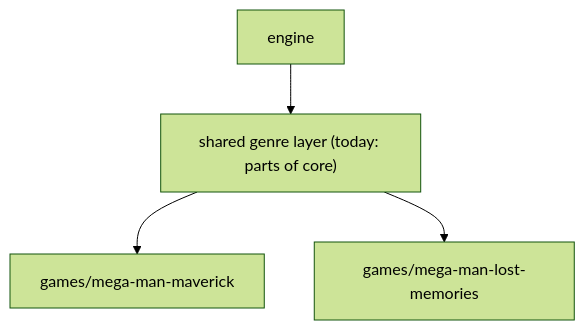
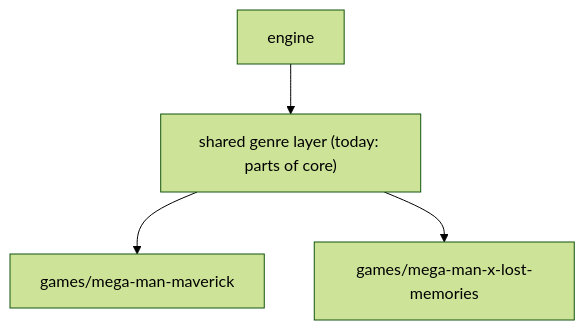
Before and after one commit to JohnLavender474/Megaman-Maverick: the diagram in docs/mega-refactor/items/185-second-title/ITEM.md, drawn with Mermaid (forest theme). The commit also changed other lines of this file and 7 other files, not shown here.

Commit message:
docs: 185c: branch start (games layout, Lost Memories mock game); 185 decisions and research of 2026-11-24

````diff
--- a/docs/mega-refactor/items/185-second-title/ITEM.md
+++ b/docs/mega-refactor/items/185-second-title/ITEM.md
@@ -22,6 +22,6 @@
 ```mermaid
 flowchart TD
   engine --> shared["shared genre layer (today: parts of core)"]
   shared --> maverick["games/mega-man-maverick"]
-  shared --> lm["games/mega-man-lost-memories"]
+  shared --> lm["games/mega-man-x-lost-memories"]
 ```
````
